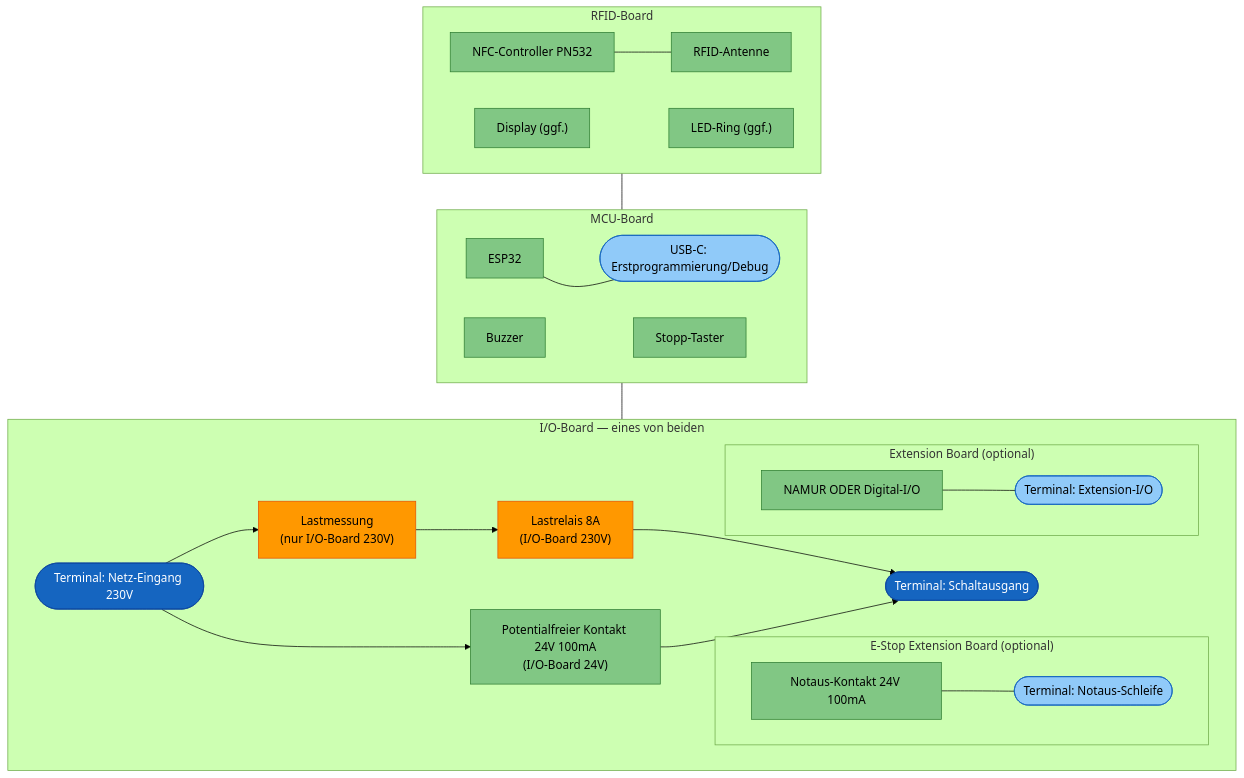
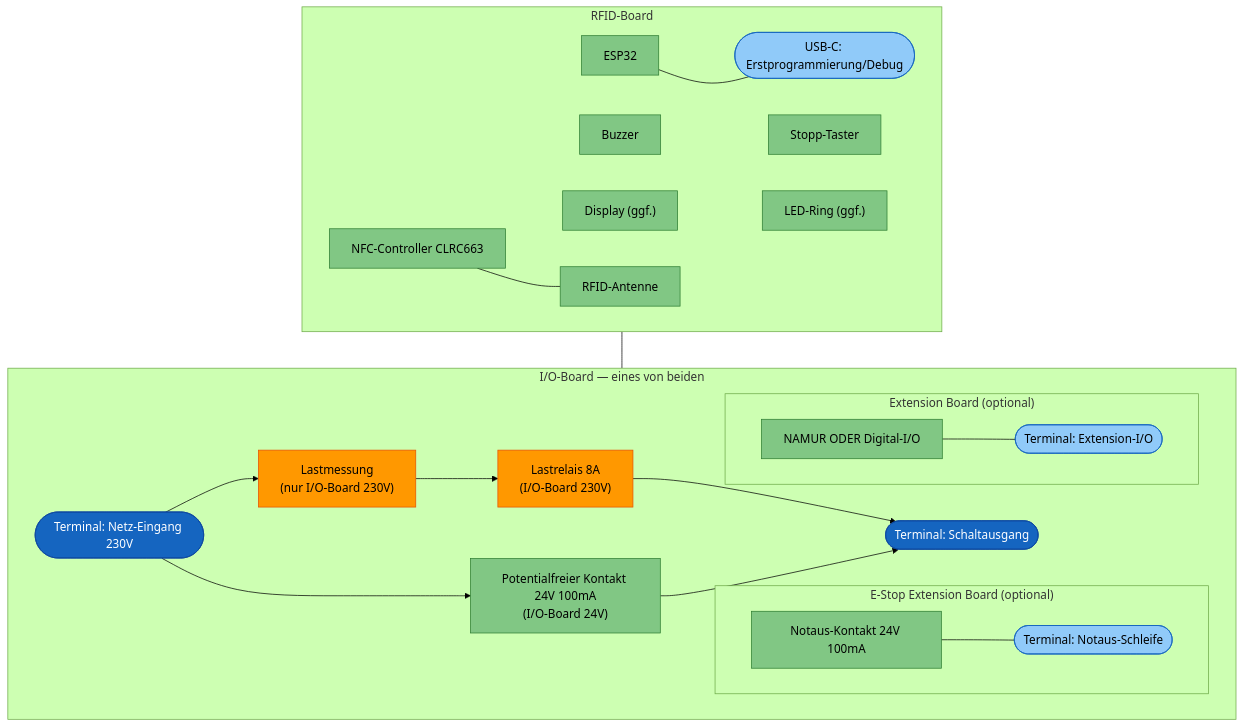
The first of 3 diagrams in hardware/projects/RFID_BOX/README.md (FREILab/easyVerwaltungHardware), drawn with Mermaid (forest theme) before and after one commit. The commit also changed other lines of this file and 29 other files, not shown here.

First line of the commit message:
RFID-Board: NFC-Chip auf CLRC66303HNY, Antenne für 80x50 ausgelegt

````diff
--- a/hardware/projects/RFID_BOX/README.md
+++ b/hardware/projects/RFID_BOX/README.md
@@ -130,67 +131,61 @@
 ```mermaid
 flowchart TB
     subgraph IO["I/O-Board — eines von beiden"]
         direction LR
         NETZ([Terminal: Netz-Eingang 230V])
         OUT([Terminal: Schaltausgang])
         REL["Lastrelais 8A<br/>(I/O-Board 230V)"]
         POTFREI["Potentialfreier Kontakt 24V 100mA<br/>(I/O-Board 24V)"]
         MESS["Lastmessung<br/>(nur I/O-Board 230V)"]
 
         NETZ --> MESS --> REL --> OUT
         NETZ --> POTFREI --> OUT
 
         subgraph ESTOP["E-Stop Extension Board (optional)"]
             direction LR
             K3[Notaus-Kontakt 24V 100mA]
             ESTOP_T([Terminal: Notaus-Schleife])
             K3 --- ESTOP_T
         end
 
         subgraph EXT["Extension Board (optional)"]
             direction LR
             EXTIO[NAMUR ODER Digital-I/O]
             IO_T([Terminal: Extension-I/O])
             EXTIO --- IO_T
         end
         
     end
 
-    subgraph MCU["MCU-Board"]
+    subgraph MCU["RFID-Board"]
         direction LR
         ESP[ESP32]
         BUZ[Buzzer]
         STOP[Stopp-Taster]
         USB([USB-C: Erstprogrammierung/Debug])
-
-        ESP ~~~ USB
-        BUZ ~~~ STOP
-
-        ESP --- USB
-    end
-
-    subgraph RFID["RFID-Board"]
-        direction LR
-        NFC[NFC-Controller PN532]
+        NFC[NFC-Controller CLRC663]
         ANT[RFID-Antenne]
         DISP["Display (ggf.)"]
         RING["LED-Ring (ggf.)"]
 
+        ESP ~~~ USB
+        BUZ ~~~ STOP
+        NFC ~~~ DISP
+        DISP ~~~ RING
+
+        ESP --- USB
         NFC --- ANT
-
-        DISP ~~~ RING
     end
 
-    RFID --- MCU
     MCU --- IO
 
     classDef term230 fill:#1565c0,color:#fff,stroke:#0d47a1
     classDef termSELV fill:#90caf9,color:#000,stroke:#1565c0
     classDef part230 fill:#ff9800,color:#000,stroke:#e65100
     classDef partSELV fill:#81c784,color:#000,stroke:#2e7d32
 
     class NETZ,OUT term230
     class ESTOP_T,IO_T,USB termSELV
     class REL,MESS part230
     class POTFREI,K3,EXTIO,ESP,BUZ,STOP,NFC,ANT,DISP,RING partSELV
 ```
````
